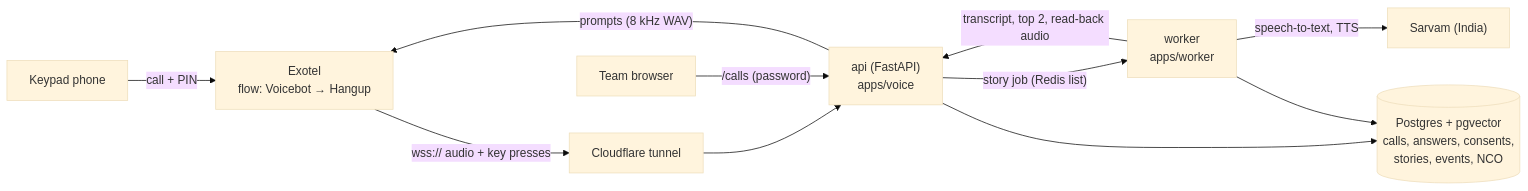
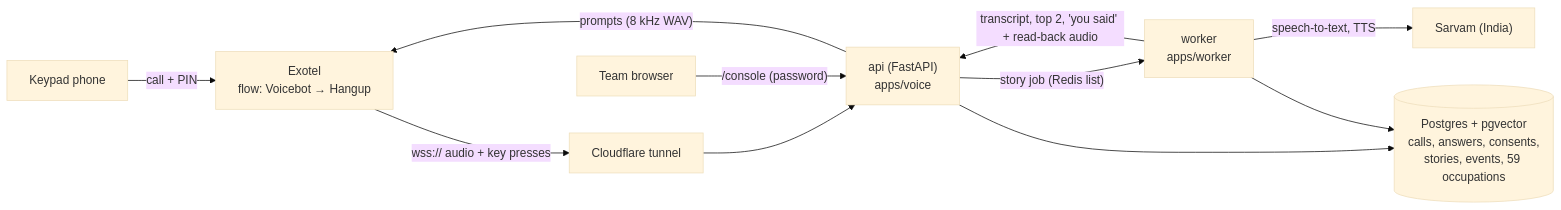
Before and after one commit to sakshamagrawalcode-cpu/hunarvaani: the first of 2 diagrams in docs/HANDOFF.md, drawn with Mermaid (base theme). The commit also changed other lines of this file and 2 other files, not shown here.

First line of the commit message:
Docs: full plan with timeline (Phase A to finish the prototype, Phase B by priority)

````diff
--- a/docs/HANDOFF.md
+++ b/docs/HANDOFF.md
@@ -56,13 +65,13 @@
 ```mermaid
 flowchart LR
     Phone["Keypad phone"] -- "call + PIN" --> Exotel["Exotel<br/>flow: Voicebot → Hangup"]
     Exotel -- "wss:// audio + key presses" --> Tunnel["Cloudflare tunnel"]
     Tunnel --> API["api (FastAPI)<br/>apps/voice"]
     API -- "prompts (8 kHz WAV)" --> Exotel
     API -- "story job (Redis list)" --> Worker["worker<br/>apps/worker"]
     Worker -- "speech-to-text, TTS" --> Sarvam["Sarvam (India)"]
-    Worker -- "transcript, top 2, read-back audio" --> API
-    API --> DB[("Postgres + pgvector<br/>calls, answers, consents,<br/>stories, events, NCO")]
+    Worker -- "transcript, top 2, 'you said' + read-back audio" --> API
+    API --> DB[("Postgres + pgvector<br/>calls, answers, consents,<br/>stories, events, 59 occupations")]
     Worker --> DB
-    Team["Team browser"] -- "/calls (password)" --> API
+    Team["Team browser"] -- "/console (password)" --> API
 ```
````
